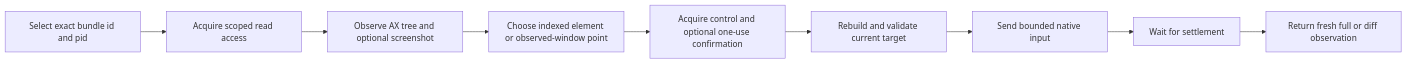
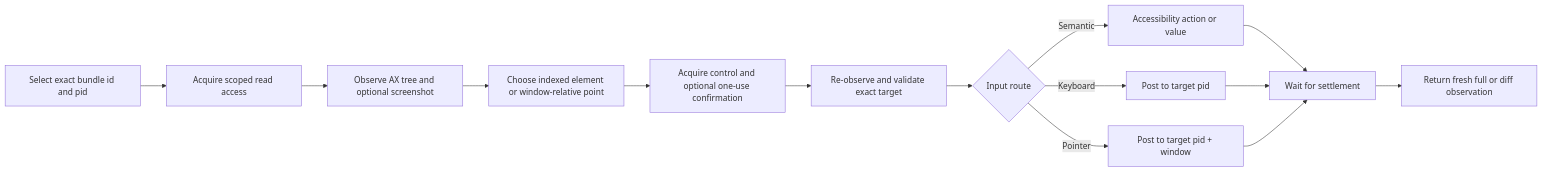
One commit to bitterSmilezzz/dsh-computer-use changed the diagram in README.md. Above: the diagram before and after it, drawn with Mermaid. The commit also changed other lines of this file and 7 other files, not shown here.

````diff
--- a/README.md
+++ b/README.md
@@ -96,11 +104,16 @@
 ```mermaid
 flowchart LR
-    A[Select exact bundle id and pid] --> B[Acquire scoped read access]
-    B --> C[Observe AX tree and optional screenshot]
-    C --> D[Choose indexed element or observed-window point]
-    D --> E[Acquire control and optional one-use confirmation]
-    E --> F[Rebuild and validate current target]
-    F --> G[Send bounded native input]
-    G --> H[Wait for settlement]
-    H --> I[Return fresh full or diff observation]
+    A["Select exact bundle id and pid"] --> B["Acquire scoped read access"]
+    B --> C["Observe AX tree and optional screenshot"]
+    C --> D["Choose indexed element or window-relative point"]
+    D --> E["Acquire control and optional one-use confirmation"]
+    E --> F["Re-observe and validate exact target"]
+    F --> G{"Input route"}
+    G -->|"Semantic"| H["Accessibility action or value"]
+    G -->|"Keyboard"| I["Post to target pid"]
+    G -->|"Pointer"| J["Post to target pid + window"]
+    H --> K["Wait for settlement"]
+    I --> K
+    J --> K
+    K --> L["Return fresh full or diff observation"]
 ```
````
